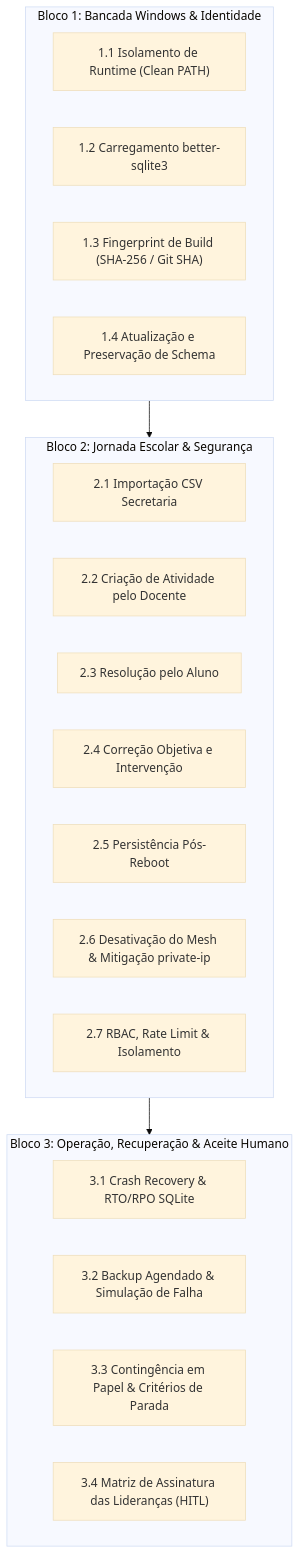
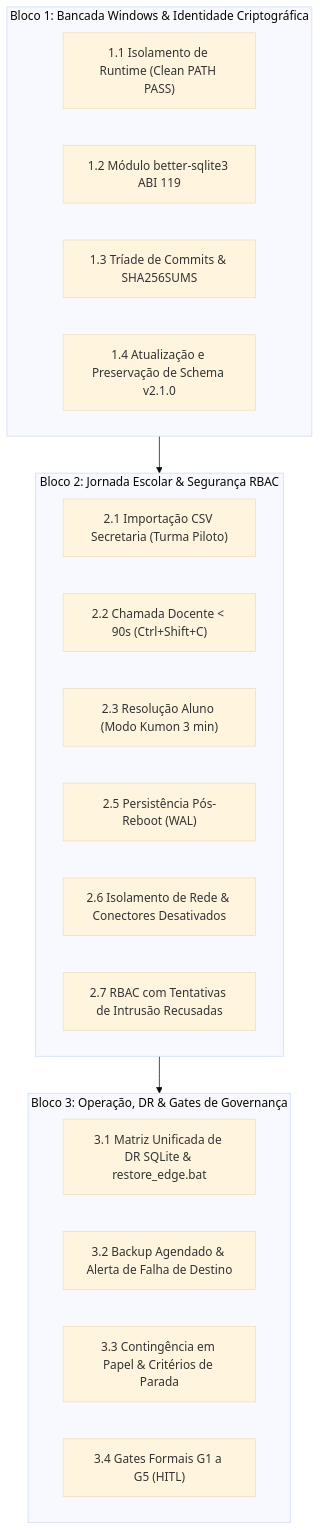
The diagram in perplexity/plano_executivo_homologacao_h01.md (andrejrunb/-quila-pro-v-1.0.0), drawn with Mermaid (base theme) before and after one commit. The commit also changed other lines of this file and 5 other files, not shown here.

````diff
--- a/perplexity/plano_executivo_homologacao_h01.md
+++ b/perplexity/plano_executivo_homologacao_h01.md
@@ -27,28 +31,27 @@
 ```mermaid
 flowchart TD
-    subgraph Bloco1 ["Bloco 1: Bancada Windows & Identidade"]
-        B1_1["1.1 Isolamento de Runtime (Clean PATH)"]
-        B1_2["1.2 Carregamento better-sqlite3"]
-        B1_3["1.3 Fingerprint de Build (SHA-256 / Git SHA)"]
-        B1_4["1.4 Atualização e Preservação de Schema"]
+    subgraph Bloco1 ["Bloco 1: Bancada Windows & Identidade Criptográfica"]
+        B1_1["1.1 Isolamento de Runtime (Clean PATH PASS)"]
+        B1_2["1.2 Módulo better-sqlite3 ABI 119"]
+        B1_3["1.3 Tríade de Commits & SHA256SUMS"]
+        B1_4["1.4 Atualização e Preservação de Schema v2.1.0"]
     end
 
-    subgraph Bloco2 ["Bloco 2: Jornada Escolar & Segurança"]
-        B2_1["2.1 Importação CSV Secretaria"]
-        B2_2["2.2 Criação de Atividade pelo Docente"]
-        B2_3["2.3 Resolução pelo Aluno"]
-        B2_4["2.4 Correção Objetiva e Intervenção"]
-        B2_5["2.5 Persistência Pós-Reboot"]
-        B2_6["2.6 Desativação do Mesh & Mitigação private-ip"]
-        B2_7["2.7 RBAC, Rate Limit & Isolamento"]
+    subgraph Bloco2 ["Bloco 2: Jornada Escolar & Segurança RBAC"]
+        B2_1["2.1 Importação CSV Secretaria (Turma Piloto)"]
+        B2_2["2.2 Chamada Docente < 90s (Ctrl+Shift+C)"]
+        B2_3["2.3 Resolução Aluno (Modo Kumon 3 min)"]
+        B2_4["2.5 Persistência Pós-Reboot (WAL)"]
+        B2_6["2.6 Isolamento de Rede & Conectores Desativados"]
+        B2_7["2.7 RBAC com Tentativas de Intrusão Recusadas"]
     end
 
-    subgraph Bloco3 ["Bloco 3: Operação, Recuperação & Aceite Humano"]
-        B3_1["3.1 Crash Recovery & RTO/RPO SQLite"]
-        B3_2["3.2 Backup Agendado & Simulação de Falha"]
+    subgraph Bloco3 ["Bloco 3: Operação, DR & Gates de Governança"]
+        B3_1["3.1 Matriz Unificada de DR SQLite & restore_edge.bat"]
+        B3_2["3.2 Backup Agendado & Alerta de Falha de Destino"]
         B3_3["3.3 Contingência em Papel & Critérios de Parada"]
-        B3_4["3.4 Matriz de Assinatura das Lideranças (HITL)"]
+        B3_4["3.4 Gates Formais G1 a G5 (HITL)"]
     end
 
     Bloco1 --> Bloco2 --> Bloco3
 ```
````
